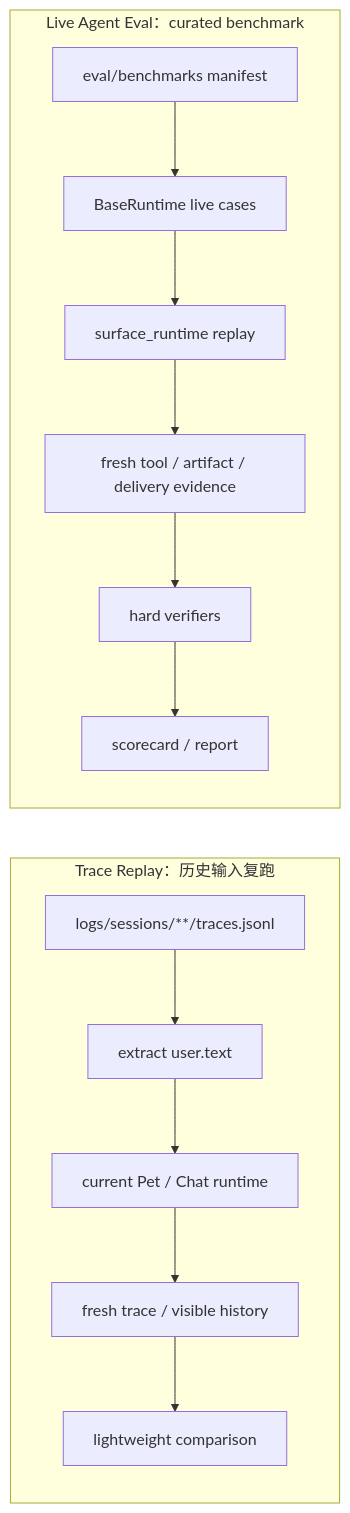
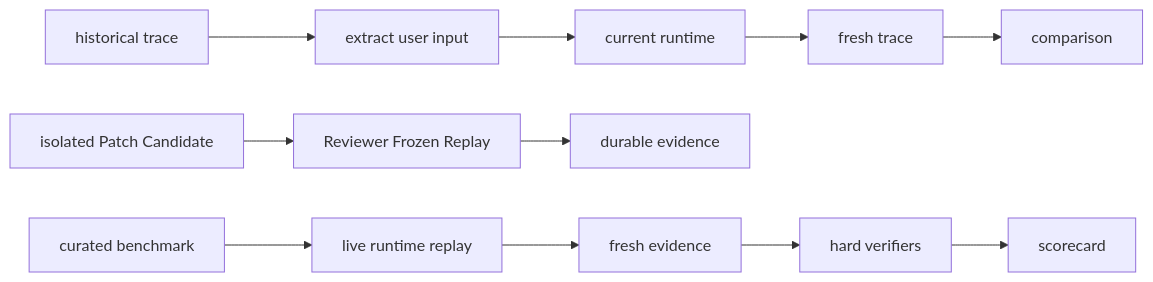
One commit to fightheyyy/XiaoBa-CLI changed the first of 2 diagrams in docs/evaluation/SPEC.md. Above: the diagram before and after it, drawn with Mermaid. The commit also changed other lines of this file and 24 other files, not shown here.

````diff
--- a/docs/evaluation/SPEC.md
+++ b/docs/evaluation/SPEC.md
@@ -39,30 +39,15 @@
 ```mermaid
 flowchart LR
-    subgraph ReplayLane["Trace Replay：历史输入复跑"]
-        OldTrace["logs/sessions/**/traces.jsonl"]
-        Extract["extract user.text"]
-        CurrentRuntime["current Pet / Chat runtime"]
-        FreshTrace["fresh trace / visible history"]
-        Compare["lightweight comparison"]
-    end
+    OldTrace["historical trace"] --> Extract["extract user input"]
+    Extract --> CurrentRuntime["current runtime"]
+    CurrentRuntime --> FreshTrace["fresh trace"]
+    FreshTrace --> Compare["comparison"]
 
-    subgraph EvalLane["Live Agent Eval：curated benchmark"]
-        Manifest["eval/benchmarks manifest"]
-        Cases["BaseRuntime live cases"]
-        SurfaceReplay["surface_runtime replay"]
-        Evidence["fresh tool / artifact / delivery evidence"]
-        Verify["hard verifiers"]
-        Scorecard["scorecard / report"]
-    end
+    Patch["isolated Patch Candidate"] --> PatchReplay["Reviewer Frozen Replay"]
+    PatchReplay --> PatchEvidence["durable evidence"]
 
-    OldTrace --> Extract
-    Extract --> CurrentRuntime
-    CurrentRuntime --> FreshTrace
-    FreshTrace --> Compare
-
-    Manifest --> Cases
-    Cases --> SurfaceReplay
-    SurfaceReplay --> Evidence
-    Evidence --> Verify
-    Verify --> Scorecard
+    Manifest["curated benchmark"] --> SurfaceReplay["live runtime replay"]
+    SurfaceReplay --> Evidence["fresh evidence"]
+    Evidence --> Verify["hard verifiers"]
+    Verify --> Scorecard["scorecard"]
 ```
````
